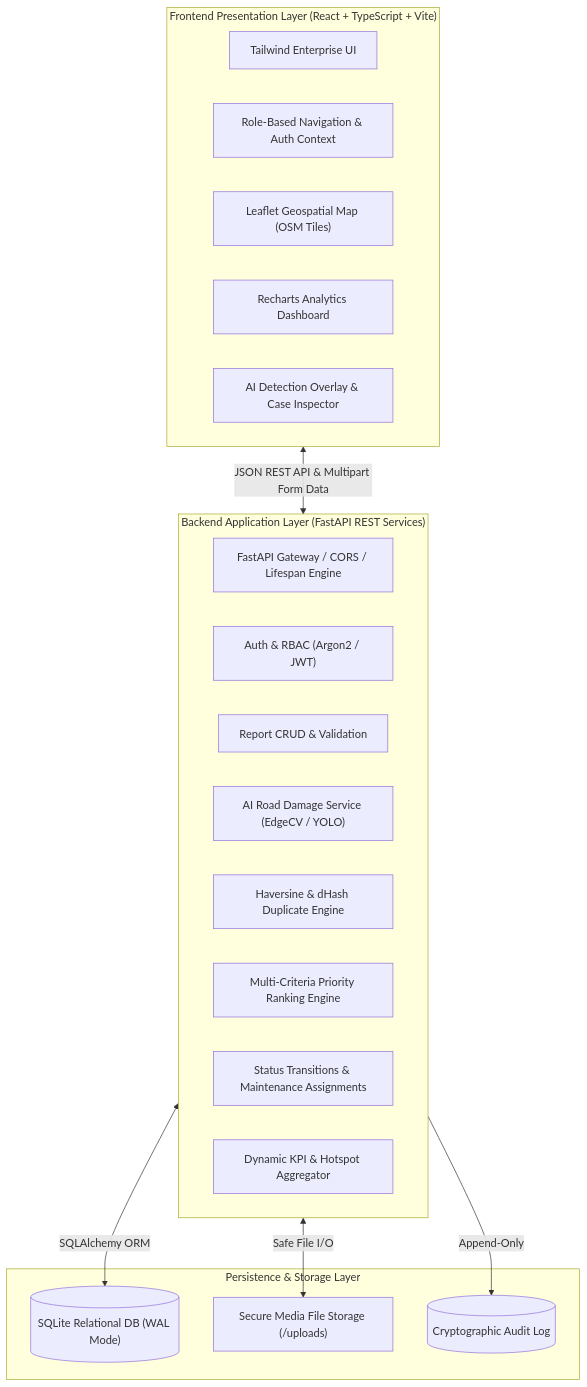
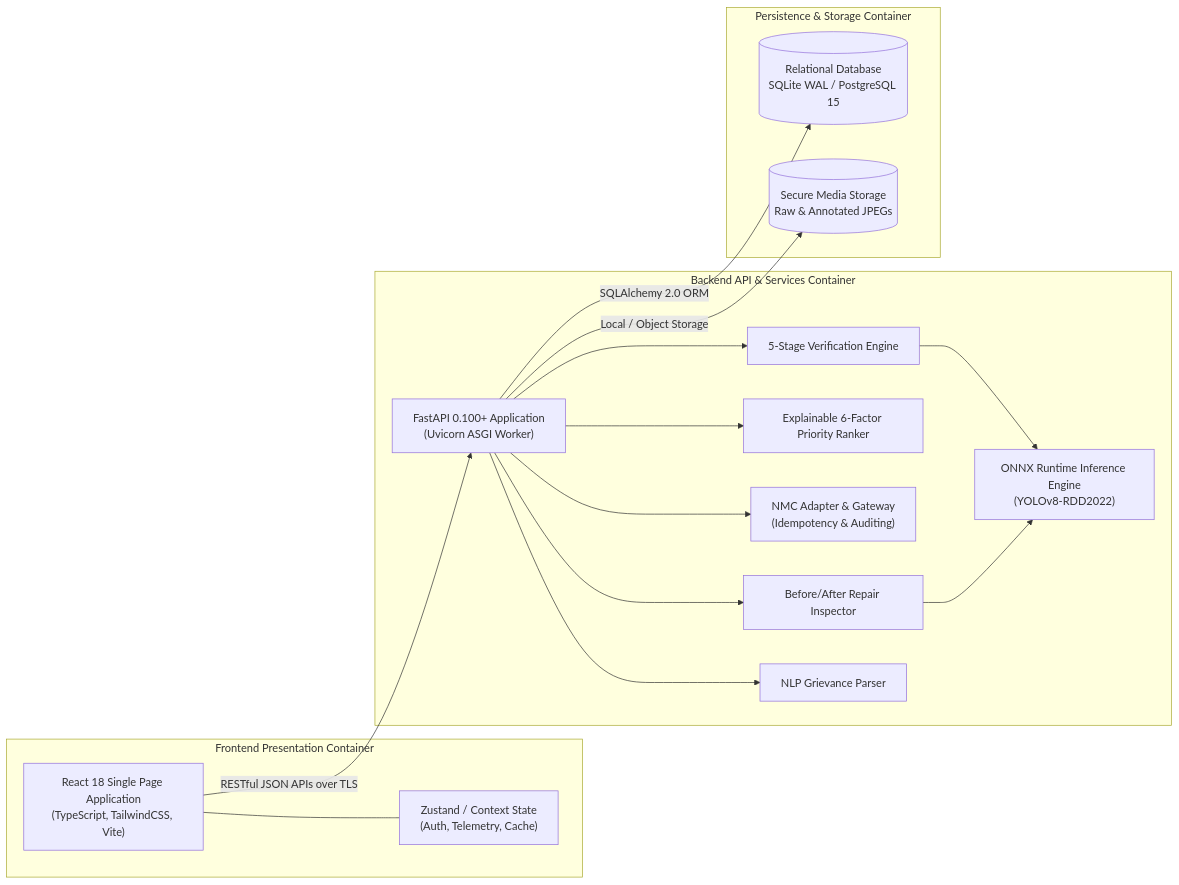
One commit to ayush0531/civiclens-ai changed the second of 3 diagrams in docs/SYSTEM_ARCHITECTURE.md. Above: the diagram before and after it, drawn with Mermaid. The commit also changed other lines of this file and 31 other files, not shown here.

Commit message:
feat: complete CivicLens AI with camera capture, 5-stage verification, and NMC gateway

````diff
--- a/docs/SYSTEM_ARCHITECTURE.md
+++ b/docs/SYSTEM_ARCHITECTURE.md
@@ -9,32 +41,35 @@
 ```mermaid
-flowchart TD
-    subgraph ClientLayer["Frontend Presentation Layer (React + TypeScript + Vite)"]
-        UI["Tailwind Enterprise UI"]
-        AuthUI["Role-Based Navigation & Auth Context"]
-        MapView["Leaflet Geospatial Map (OSM Tiles)"]
-        ChartsView["Recharts Analytics Dashboard"]
-        Inspector["AI Detection Overlay & Case Inspector"]
+flowchart LR
+    subgraph ClientTier ["Frontend Presentation Container"]
+        SPA["React 18 Single Page Application<br/>(TypeScript, TailwindCSS, Vite)"]
+        State["Zustand / Context State<br/>(Auth, Telemetry, Cache)"]
+        SPA --- State
     end
 
-    subgraph APILayer["Backend Application Layer (FastAPI REST Services)"]
-        Gateway["FastAPI Gateway / CORS / Lifespan Engine"]
-        AuthRouter["Auth & RBAC (Argon2 / JWT)"]
-        ReportRouter["Report CRUD & Validation"]
-        InferenceRouter["AI Road Damage Service (EdgeCV / YOLO)"]
-        DuplicateRouter["Haversine & dHash Duplicate Engine"]
-        PriorityRouter["Multi-Criteria Priority Ranking Engine"]
-        WorkflowRouter["Status Transitions & Maintenance Assignments"]
-        AnalyticsRouter["Dynamic KPI & Hotspot Aggregator"]
+    subgraph APITier ["Backend API & Services Container"]
+        FastAPI["FastAPI 0.100+ Application<br/>(Uvicorn ASGI Worker)"]
+        VerifyEngine["5-Stage Verification Engine"]
+        AIEngine["ONNX Runtime Inference Engine<br/>(YOLOv8-RDD2022)"]
+        PriorityEngine["Explainable 6-Factor Priority Ranker"]
+        NMCGateway["NMC Adapter & Gateway<br/>(Idempotency & Auditing)"]
+        RepairEngine["Before/After Repair Inspector"]
+        NLParser["NLP Grievance Parser"]
+        
+        FastAPI --> VerifyEngine
+        FastAPI --> PriorityEngine
+        FastAPI --> NMCGateway
+        FastAPI --> RepairEngine
+        FastAPI --> NLParser
+        VerifyEngine --> AIEngine
+        RepairEngine --> AIEngine
     end
 
-    subgraph DataLayer["Persistence & Storage Layer"]
-        DB[("SQLite Relational DB (WAL Mode)")]
-        MediaStorage["Secure Media File Storage (/uploads)"]
-        AuditTrail[("Cryptographic Audit Log")]
+    subgraph DataTier ["Persistence & Storage Container"]
+        RDBMS[("Relational Database<br/>SQLite WAL / PostgreSQL 15")]
+        Uploads[("Secure Media Storage<br/>Raw & Annotated JPEGs")]
     end
 
-    ClientLayer <-->|JSON REST API & Multipart Form Data| APILayer
-    APILayer <-->|SQLAlchemy ORM| DB
-    APILayer <-->|Safe File I/O| MediaStorage
-    APILayer -->|Append-Only| AuditTrail
+    SPA -->|"RESTful JSON APIs over TLS"| FastAPI
+    FastAPI -->|"SQLAlchemy 2.0 ORM"| RDBMS
+    FastAPI -->|"Local / Object Storage"| Uploads
 ```
````
